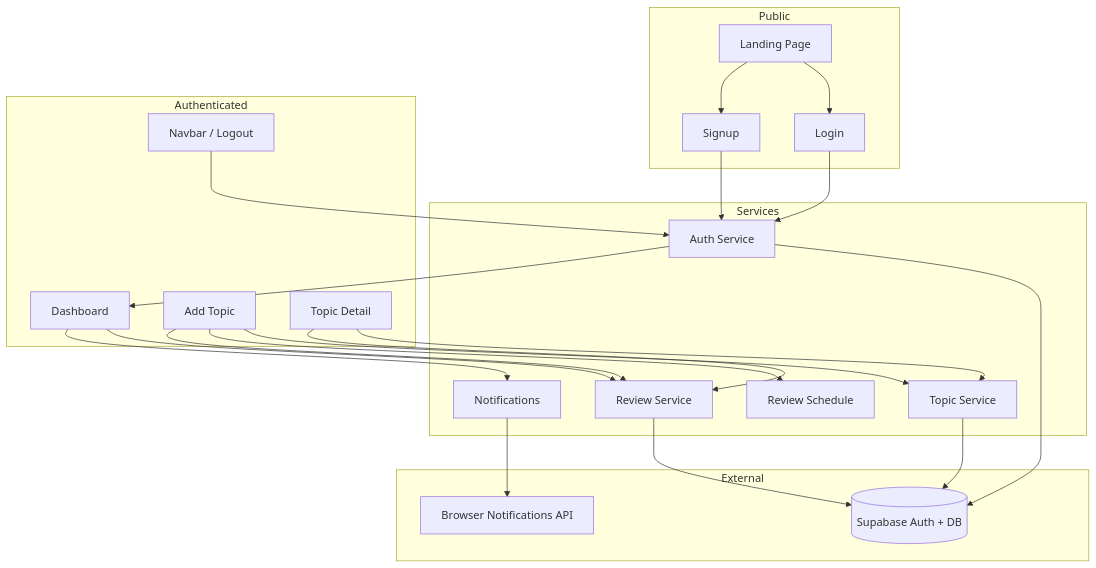
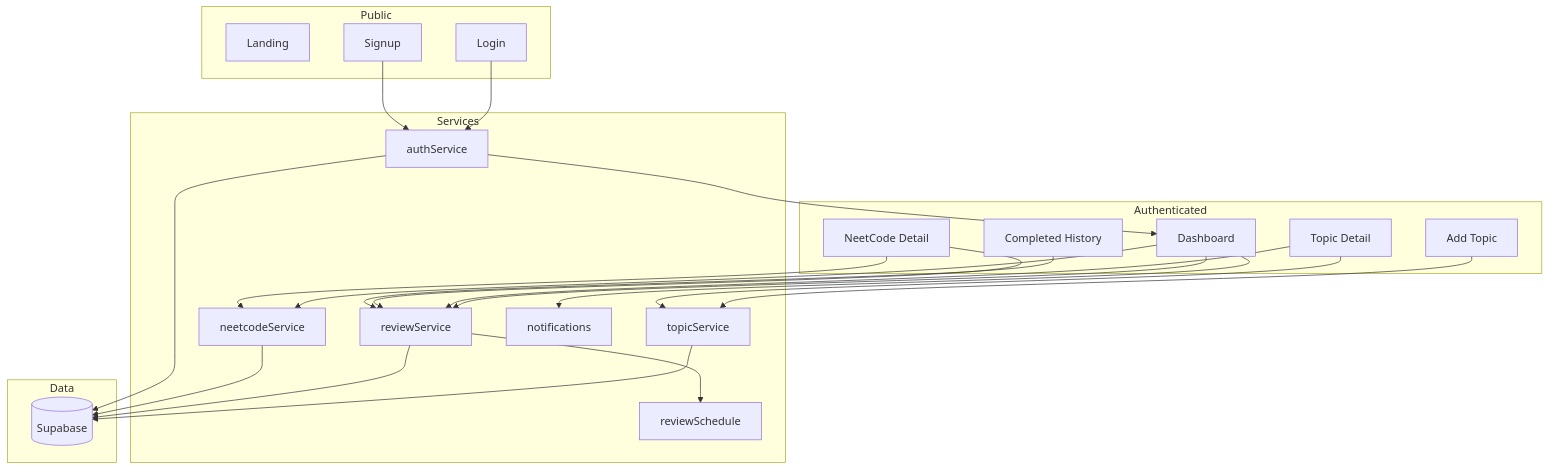
One commit to Natroness/RevAIson changed the diagram in revaison/project-overview.md. Above: the diagram before and after it, drawn with Mermaid. The commit also changed other lines of this file and 1 other file, not shown here.

````diff
--- a/revaison/project-overview.md
+++ b/revaison/project-overview.md
@@ -34,39 +171,39 @@
 ```mermaid
 flowchart TB
     subgraph Public
-        LP[Landing Page]
+        LP[Landing]
         LOGIN[Login]
         SIGNUP[Signup]
     end
 
     subgraph Authenticated
         DASH[Dashboard]
         ADD[Add Topic]
-        DETAIL[Topic Detail]
-        NAV[Navbar / Logout]
+        TOPIC[Topic Detail]
+        NC[NeetCode Detail]
+        HIST[Completed History]
     end
 
     subgraph Services
-        AUTH[Auth Service]
-        TOPIC[Topic Service]
-        REVIEW[Review Service]
-        SCHED[Review Schedule]
-        NOTIF[Notifications]
+        AUTH[authService]
+        TOPICS[topicService]
+        REVIEW[reviewService]
+        SCHED[reviewSchedule]
+        NEET[neetcodeService]
+        NOTIF[notifications]
     end
 
-    subgraph External
-        SB[(Supabase Auth + DB)]
-        BROWSER[Browser Notifications API]
+    subgraph Data
+        SB[(Supabase)]
     end
 
-    LP --> LOGIN & SIGNUP
     LOGIN & SIGNUP --> AUTH
-    AUTH --> SB
     AUTH --> DASH
-    DASH --> REVIEW & NOTIF
-    ADD --> TOPIC & SCHED & REVIEW
-    DETAIL --> TOPIC & REVIEW
-    NAV --> AUTH
-    TOPIC & REVIEW --> SB
-    NOTIF --> BROWSER
+    DASH --> REVIEW & NEET & NOTIF
+    ADD --> TOPICS
+    TOPIC --> TOPICS & REVIEW
+    NC --> NEET & REVIEW
+    HIST --> REVIEW
+    REVIEW --> SCHED
+    TOPICS & REVIEW & NEET & AUTH --> SB
 ```
````
